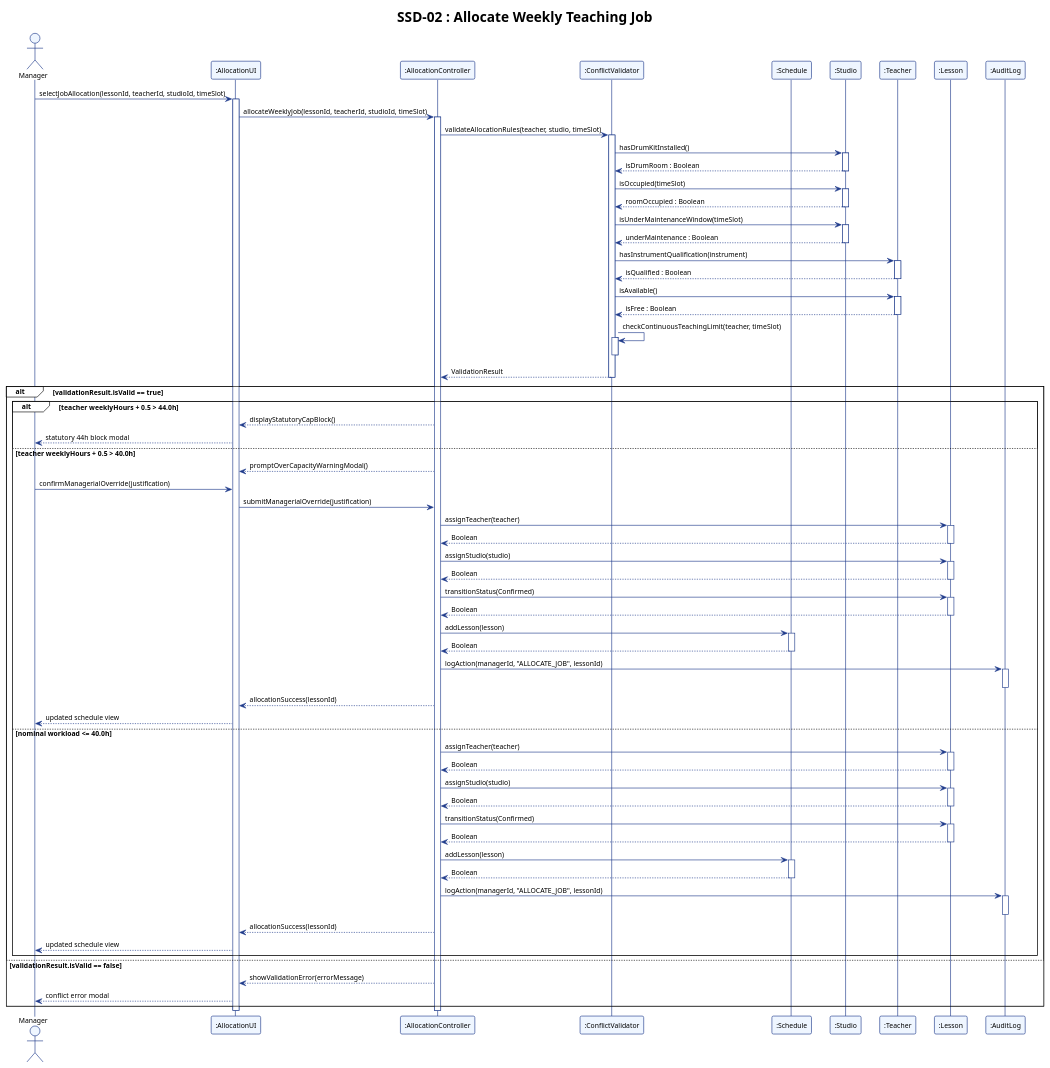
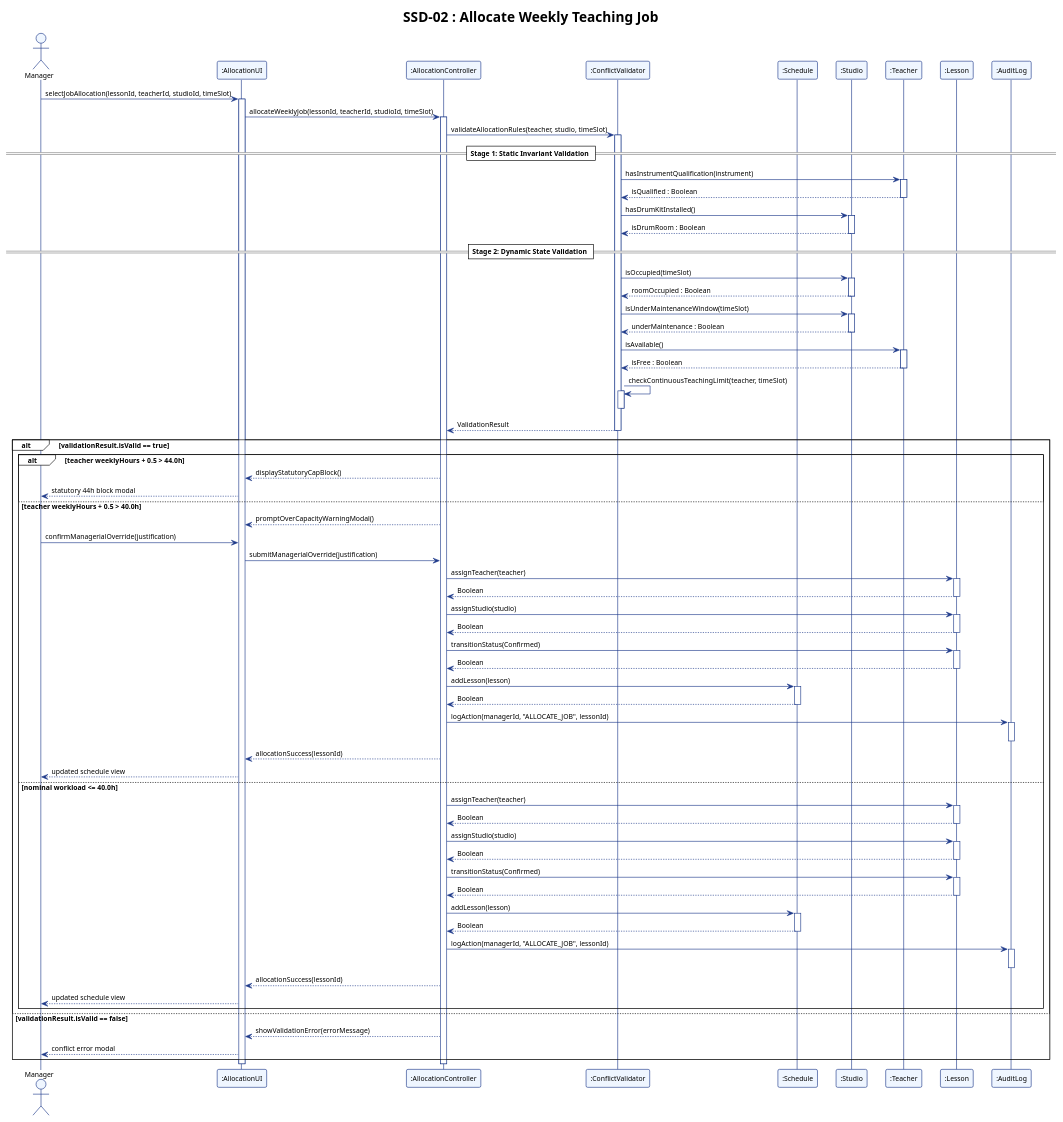
One commit to adoreblvnk/2001temp changed the diagram in report/assets/ssd_02.puml. Above: the diagram before and after it, drawn with PlantUML. The commit also changed 7 other files, not shown here.

First line of the commit message:
fix(constraints): separate static and dynamic constraint evaluation and enforce 44h ceiling upfront

```diff
--- a/report/assets/ssd_02.puml
+++ b/report/assets/ssd_02.puml
@@ -1,120 +1,124 @@
 @startuml ssd_02
 !theme plain
 skinparam shadowing false
 skinparam defaultFontName "Helvetica", "Arial", sans-serif
 skinparam defaultFontSize 11
 skinparam sequence {
     ParticipantBorderColor #1E3A8A
     ParticipantBackgroundColor #EFF6FF
     LifeLineBorderColor #1E3A8A
     LifeLineBackgroundColor #FFFFFF
     ArrowColor #1E3A8A
     ActorBorderColor #1E3A8A
     ActorBackgroundColor #EFF6FF
 }
 
 title SSD-02 : Allocate Weekly Teaching Job
 
 actor "Manager" as M
 participant ":AllocationUI" as UI
 participant ":AllocationController" as AC
 participant ":ConflictValidator" as CV
 participant ":Schedule" as S
 participant ":Studio" as St
 participant ":Teacher" as T
 participant ":Lesson" as L
 participant ":AuditLog" as AL
 
 M -> UI : selectJobAllocation(lessonId, teacherId, studioId, timeSlot)
 activate UI
 UI -> AC : allocateWeeklyJob(lessonId, teacherId, studioId, timeSlot)
 activate AC
 
 AC -> CV : validateAllocationRules(teacher, studio, timeSlot)
 activate CV
+
+== Stage 1: Static Invariant Validation ==
+CV -> T : hasInstrumentQualification(instrument)
+activate T
+T --> CV : isQualified : Boolean
+deactivate T
 CV -> St : hasDrumKitInstalled()
 activate St
 St --> CV : isDrumRoom : Boolean
 deactivate St
+
+== Stage 2: Dynamic State Validation ==
 CV -> St : isOccupied(timeSlot)
 activate St
 St --> CV : roomOccupied : Boolean
 deactivate St
 CV -> St : isUnderMaintenanceWindow(timeSlot)
 activate St
 St --> CV : underMaintenance : Boolean
 deactivate St
-CV -> T : hasInstrumentQualification(instrument)
-activate T
-T --> CV : isQualified : Boolean
-deactivate T
 CV -> T : isAvailable()
 activate T
 T --> CV : isFree : Boolean
 deactivate T
 CV -> CV : checkContinuousTeachingLimit(teacher, timeSlot)
 activate CV
 deactivate CV
 CV --> AC : ValidationResult
 deactivate CV
 
 alt validationResult.isValid == true
     alt teacher weeklyHours + 0.5 > 44.0h
         AC --> UI : displayStatutoryCapBlock()
         UI --> M : statutory 44h block modal
     else teacher weeklyHours + 0.5 > 40.0h
         AC --> UI : promptOverCapacityWarningModal()
         M -> UI : confirmManagerialOverride(justification)
         UI -> AC : submitManagerialOverride(justification)
         AC -> L : assignTeacher(teacher)
         activate L
         L --> AC : Boolean
         deactivate L
         AC -> L : assignStudio(studio)
         activate L
         L --> AC : Boolean
         deactivate L
         AC -> L : transitionStatus(Confirmed)
         activate L
         L --> AC : Boolean
         deactivate L
         AC -> S : addLesson(lesson)
         activate S
         S --> AC : Boolean
         deactivate S
         AC -> AL : logAction(managerId, "ALLOCATE_JOB", lessonId)
         activate AL
         deactivate AL
         AC --> UI : allocationSuccess(lessonId)
         UI --> M : updated schedule view
     else nominal workload <= 40.0h
         AC -> L : assignTeacher(teacher)
         activate L
         L --> AC : Boolean
         deactivate L
         AC -> L : assignStudio(studio)
         activate L
         L --> AC : Boolean
         deactivate L
         AC -> L : transitionStatus(Confirmed)
         activate L
         L --> AC : Boolean
         deactivate L
         AC -> S : addLesson(lesson)
         activate S
         S --> AC : Boolean
         deactivate S
         AC -> AL : logAction(managerId, "ALLOCATE_JOB", lessonId)
         activate AL
         deactivate AL
         AC --> UI : allocationSuccess(lessonId)
         UI --> M : updated schedule view
     end
 else validationResult.isValid == false
     AC --> UI : showValidationError(errorMessage)
     UI --> M : conflict error modal
 end
 
 deactivate AC
 deactivate UI
 @enduml
```
